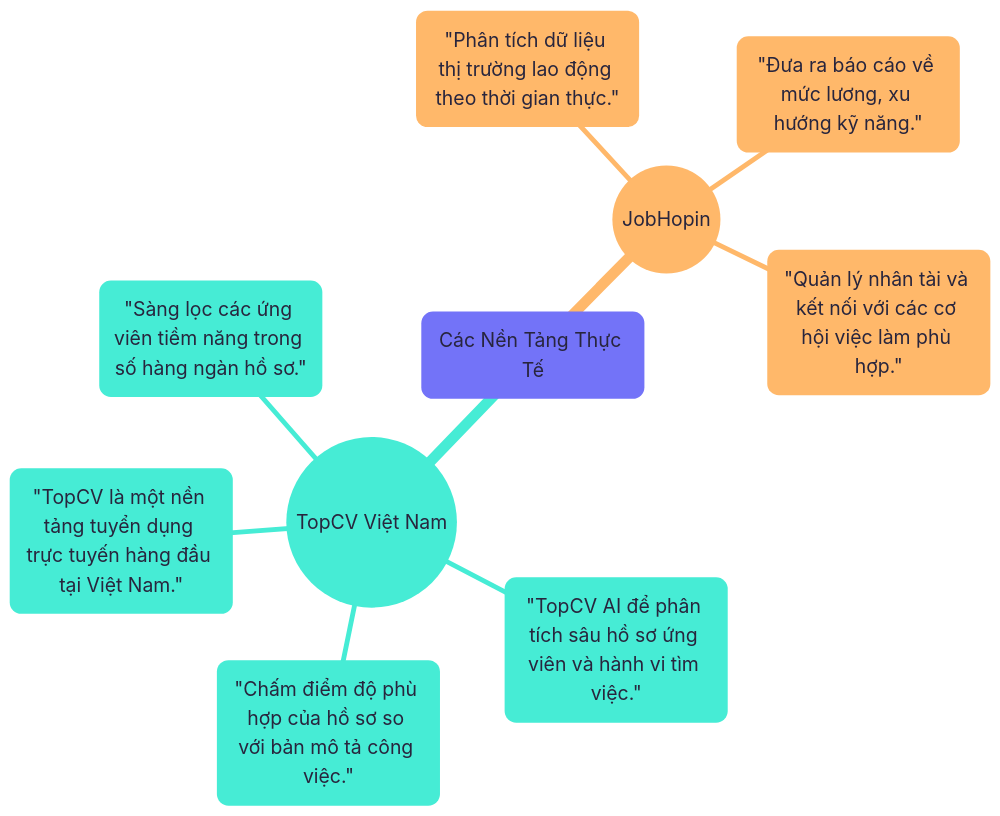
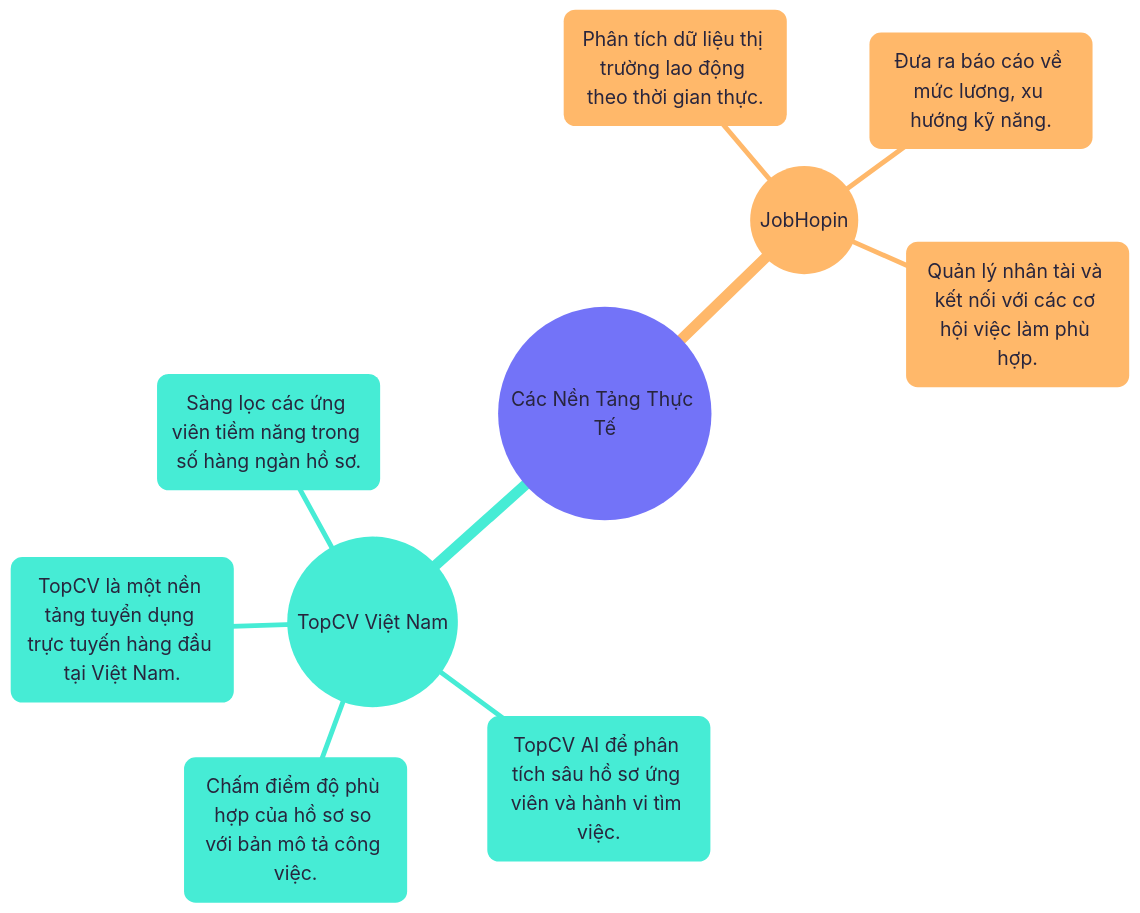
Before and after one commit to sam-uit/typst-report-template: the diagram in content/diagrams/chapter03-topcv-jobhopin.mmd, drawn with Mermaid.

```diff
--- a/content/diagrams/chapter03-topcv-jobhopin.mmd
+++ b/content/diagrams/chapter03-topcv-jobhopin.mmd
@@ -1,18 +1,18 @@
 ---
 config:
   theme: redux-color
   themeVariables:
     fontFamily: Google Sans
     fontSize: 20px
 ---
 mindmap
-  (Các Nền Tảng Thực Tế)
-    (("TopCV Việt Nam"))
-      "TopCV là một nền tảng tuyển dụng trực tuyến hàng đầu tại Việt Nam."
-      "TopCV AI để phân tích sâu hồ sơ ứng viên và hành vi tìm việc."
-      "Chấm điểm độ phù hợp của hồ sơ so với bản mô tả công việc."
-      "Sàng lọc các ứng viên tiềm năng trong số hàng ngàn hồ sơ."
-    (("JobHopin"))
-      "Phân tích dữ liệu thị trường lao động theo thời gian thực."
-      "Đưa ra báo cáo về mức lương, xu hướng kỹ năng."
-      "Quản lý nhân tài và kết nối với các cơ hội việc làm phù hợp."
+((Các Nền Tảng Thực Tế))
+  ((TopCV Việt Nam))
+    TopCV là một nền tảng tuyển dụng trực tuyến hàng đầu tại Việt Nam.
+    TopCV AI để phân tích sâu hồ sơ ứng viên và hành vi tìm việc.
+    Chấm điểm độ phù hợp của hồ sơ so với bản mô tả công việc.
+    Sàng lọc các ứng viên tiềm năng trong số hàng ngàn hồ sơ.
+  ((JobHopin))
+    Phân tích dữ liệu thị trường lao động theo thời gian thực.
+    Đưa ra báo cáo về mức lương, xu hướng kỹ năng.
+    Quản lý nhân tài và kết nối với các cơ hội việc làm phù hợp.
```
